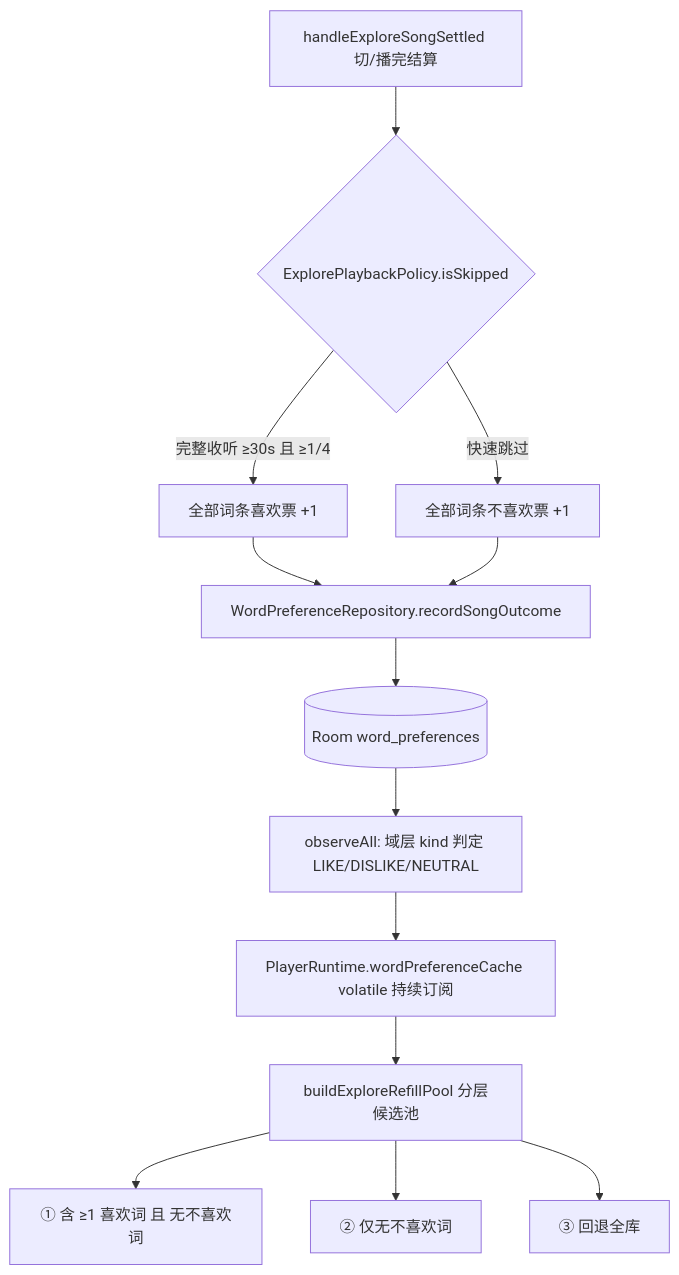
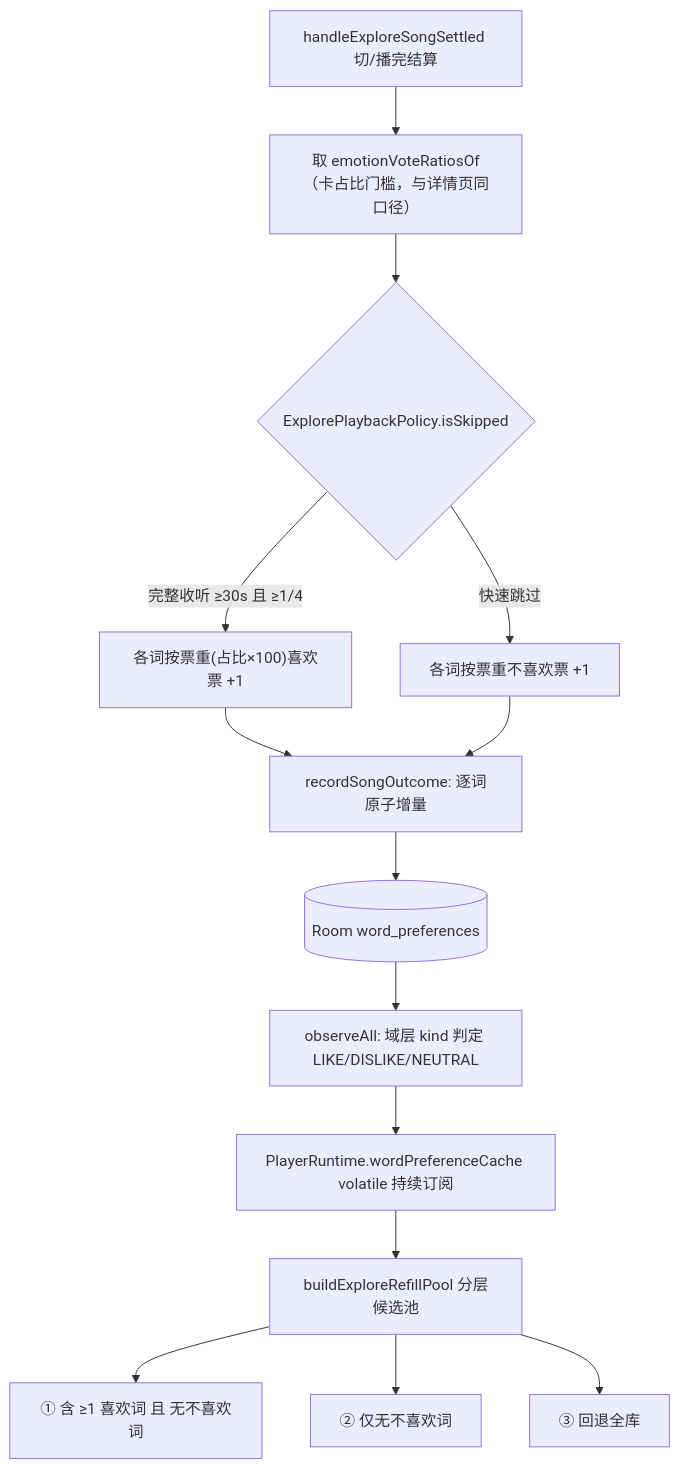
The second of 3 diagrams in openwiki/concepts/emotion-model.md (DefineMyCode/melody-in-heart-x), drawn with Mermaid before and after one commit. The commit also changed other lines of this file and 38 other files, not shown here.

````diff
--- a/openwiki/concepts/emotion-model.md
+++ b/openwiki/concepts/emotion-model.md
@@ -214,15 +286,16 @@
 ```mermaid
 flowchart TD
-    SETTLE["handleExploreSongSettled 切/播完结算"] --> CHK{"ExplorePlaybackPolicy.isSkipped"}
-    CHK -->|"完整收听 ≥30s 且 ≥1/4"| LIKE["全部词条喜欢票 +1"]
-    CHK -->|"快速跳过"| DISLIKE["全部词条不喜欢票 +1"]
-    LIKE --> REPO["WordPreferenceRepository.recordSongOutcome"]
+    SETTLE["handleExploreSongSettled 切/播完结算"] --> RAT["取 emotionVoteRatiosOf（卡占比门槛，与详情页同口径）"]
+    RAT --> CHK{"ExplorePlaybackPolicy.isSkipped"}
+    CHK -->|"完整收听 ≥30s 且 ≥1/4"| LIKE["各词按票重(占比×100)喜欢票 +1"]
+    CHK -->|"快速跳过"| DISLIKE["各词按票重不喜欢票 +1"]
+    LIKE --> REPO["recordSongOutcome: 逐词原子增量"]
     DISLIKE --> REPO
     REPO --> DB[(Room word_preferences)]
     DB --> OBS["observeAll: 域层 kind 判定 LIKE/DISLIKE/NEUTRAL"]
     OBS --> CACHE["PlayerRuntime.wordPreferenceCache volatile 持续订阅"]
     CACHE --> POOL["buildExploreRefillPool 分层候选池"]
     POOL --> L1["① 含 ≥1 喜欢词 且 无不喜欢词"]
     POOL --> L2["② 仅无不喜欢词"]
     POOL --> L3["③ 回退全库"]
 ```
````
